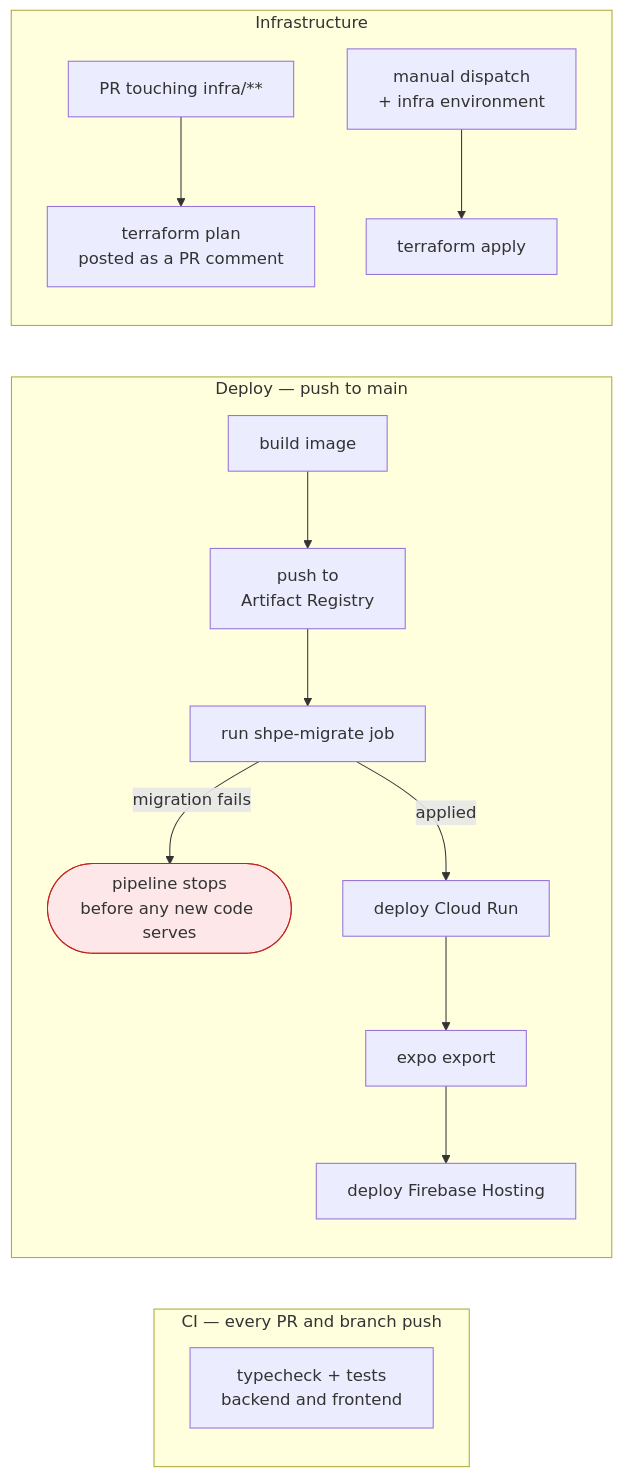
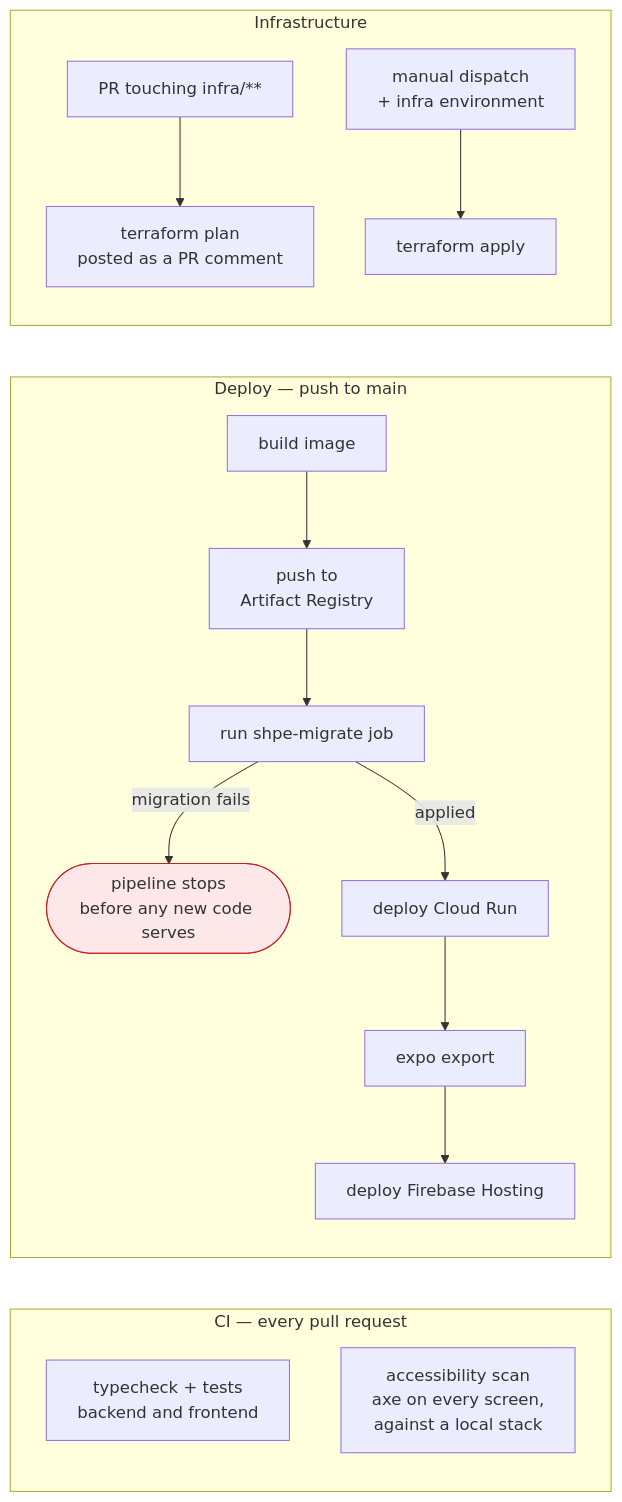
One commit to SHPE-UIC/shpe-web-app changed diagram 12 of 12 in docs/ARCHITECTURE.md. Above: the diagram before and after it, drawn with Mermaid. The commit also changed 4 other files, not shown here.

````diff
--- a/docs/ARCHITECTURE.md
+++ b/docs/ARCHITECTURE.md
@@ -573,23 +573,24 @@
 ```mermaid
 graph LR
-    subgraph ci["CI — every PR and branch push"]
+    subgraph ci["CI — every pull request"]
         T1["typecheck + tests<br/>backend and frontend"]
+        T2["accessibility scan<br/>axe on every screen,<br/>against a local stack"]
     end
 
     subgraph dep["Deploy — push to main"]
         D1["build image"] --> D2["push to<br/>Artifact Registry"]
         D2 --> D3["run shpe-migrate job"]
         D3 -->|"migration fails"| DX(["pipeline stops<br/>before any new code serves"])
         D3 -->|"applied"| D4["deploy Cloud Run"]
         D4 --> D5["expo export"]
         D5 --> D6["deploy Firebase Hosting"]
     end
 
     subgraph inf["Infrastructure"]
         I1["PR touching infra/**"] --> I2["terraform plan<br/>posted as a PR comment"]
         I3["manual dispatch<br/>+ infra environment"] --> I4["terraform apply"]
     end
 
     classDef stop fill:#fde7e9,stroke:#c5221f
     class DX stop
 ```
````
